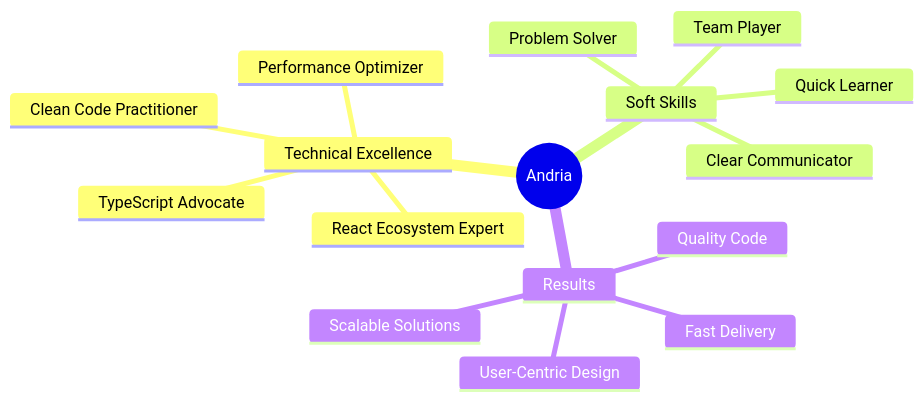
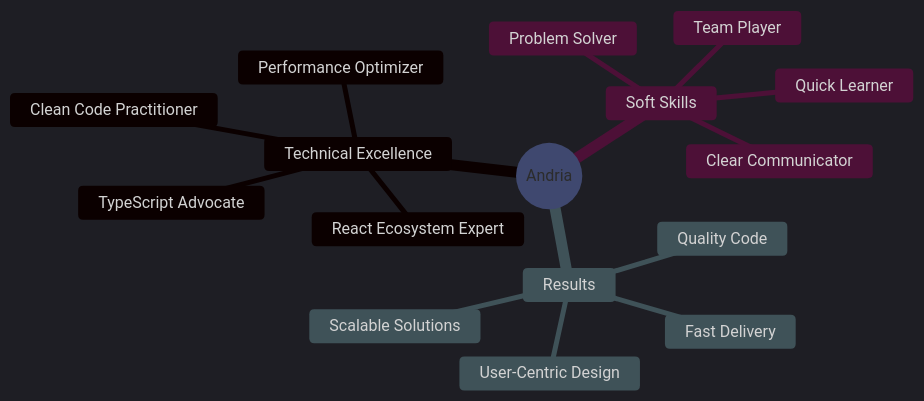
One commit to DAEL64/DAEL64 changed the diagram in README.md. Above: the diagram before and after it, drawn with Mermaid.

Commit message:
Fix HTML entities in README.md

````diff
--- a/README.md
+++ b/README.md
@@ -156,19 +156,20 @@
 ```mermaid
+%%{init: {'theme':'dark', 'themeVariables': { 'primaryColor':'#0d1117', 'primaryTextColor':'#fff', 'primaryBorderColor':'#00d9ff', 'lineColor':'#00d9ff', 'secondaryColor':'#1a1e2e', 'tertiaryColor':'#0d1117', 'noteTextColor':'#fff', 'noteBkgColor':'#1a1e2e', 'textColor':'#fff', 'fontSize':'16px'}}}%%
 mindmap
   root((Andria))
     Technical Excellence
       React Ecosystem Expert
       TypeScript Advocate
       Performance Optimizer
       Clean Code Practitioner
     Soft Skills
       Clear Communicator
       Team Player
       Quick Learner
       Problem Solver
     Results
       Fast Delivery
       Quality Code
       User-Centric Design
       Scalable Solutions
 ```
````
